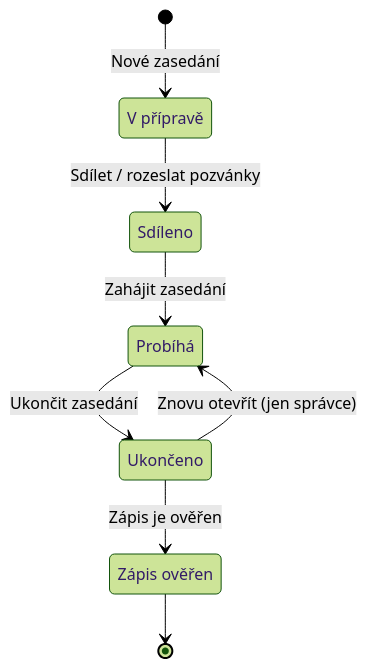
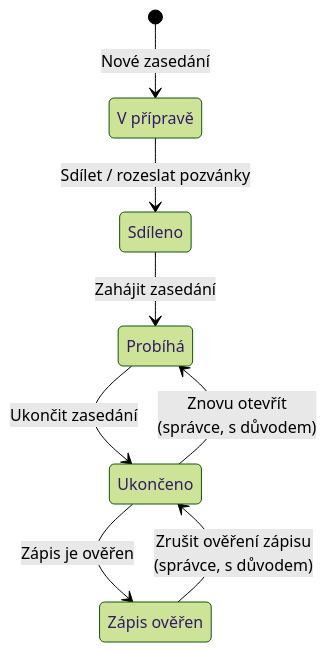
One commit to 731mat/konsel changed the first of 9 diagrams in doc/wiki/04-zivotni-cykly.md. Above: the diagram before and after it, drawn with Mermaid (forest theme). The commit also changed other lines of this file and 31 other files, not shown here.

First line of the commit message:
T33: archiv a neměnnost po ověření zápisu

````diff
--- a/doc/wiki/04-zivotni-cykly.md
+++ b/doc/wiki/04-zivotni-cykly.md
@@ -7,16 +7,16 @@
 ```mermaid
 stateDiagram-v2
     [*] --> Draft: Nové zasedání
     Draft --> Shared: Sdílet / rozeslat pozvánky
     Shared --> InProgress: Zahájit zasedání
     InProgress --> Closed: Ukončit zasedání
     Closed --> MinutesApproved: Zápis je ověřen
-    Closed --> InProgress: Znovu otevřít (jen správce)
-    MinutesApproved --> [*]
+    Closed --> InProgress: Znovu otevřít<br/>(správce, s důvodem)
+    MinutesApproved --> Closed: Zrušit ověření zápisu<br/>(správce, s důvodem)
 
     Draft: V přípravě
     Shared: Sdíleno
     InProgress: Probíhá
     Closed: Ukončeno
     MinutesApproved: Zápis ověřen
 ```
````
